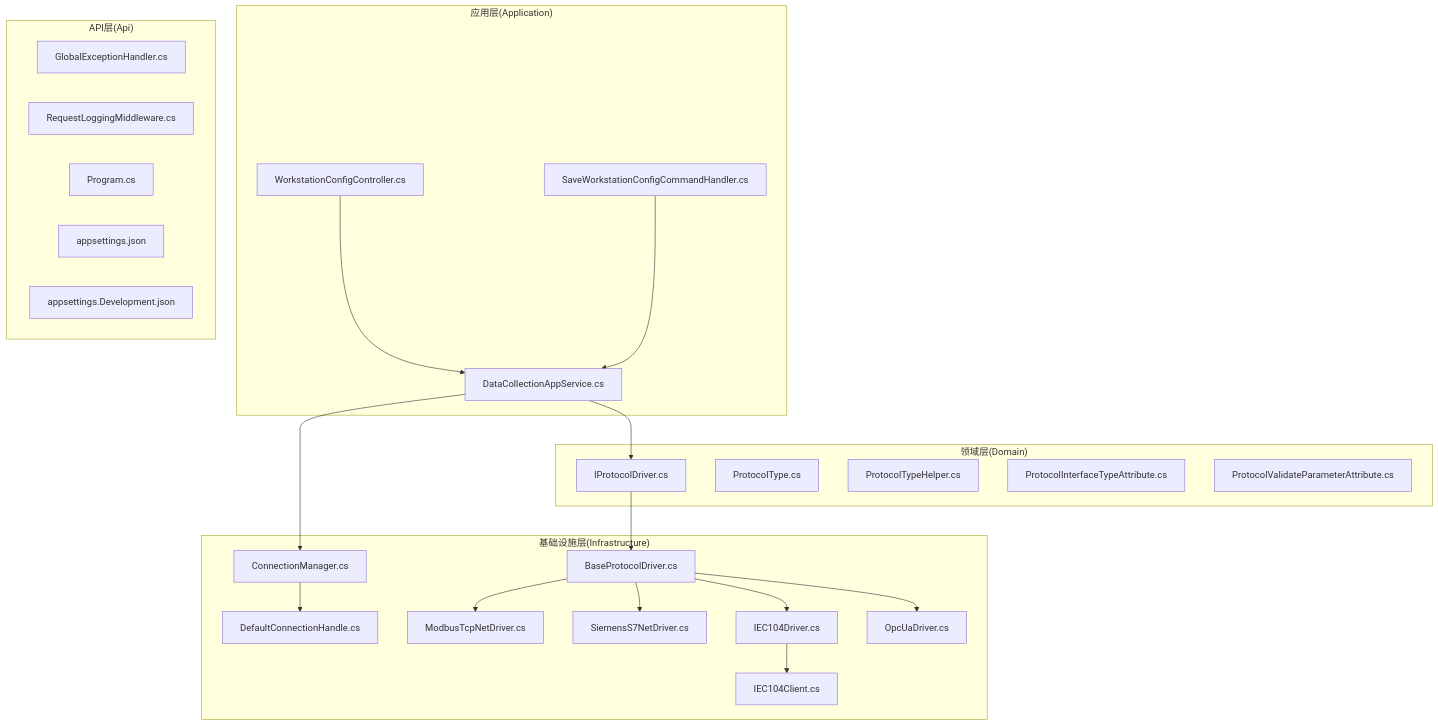
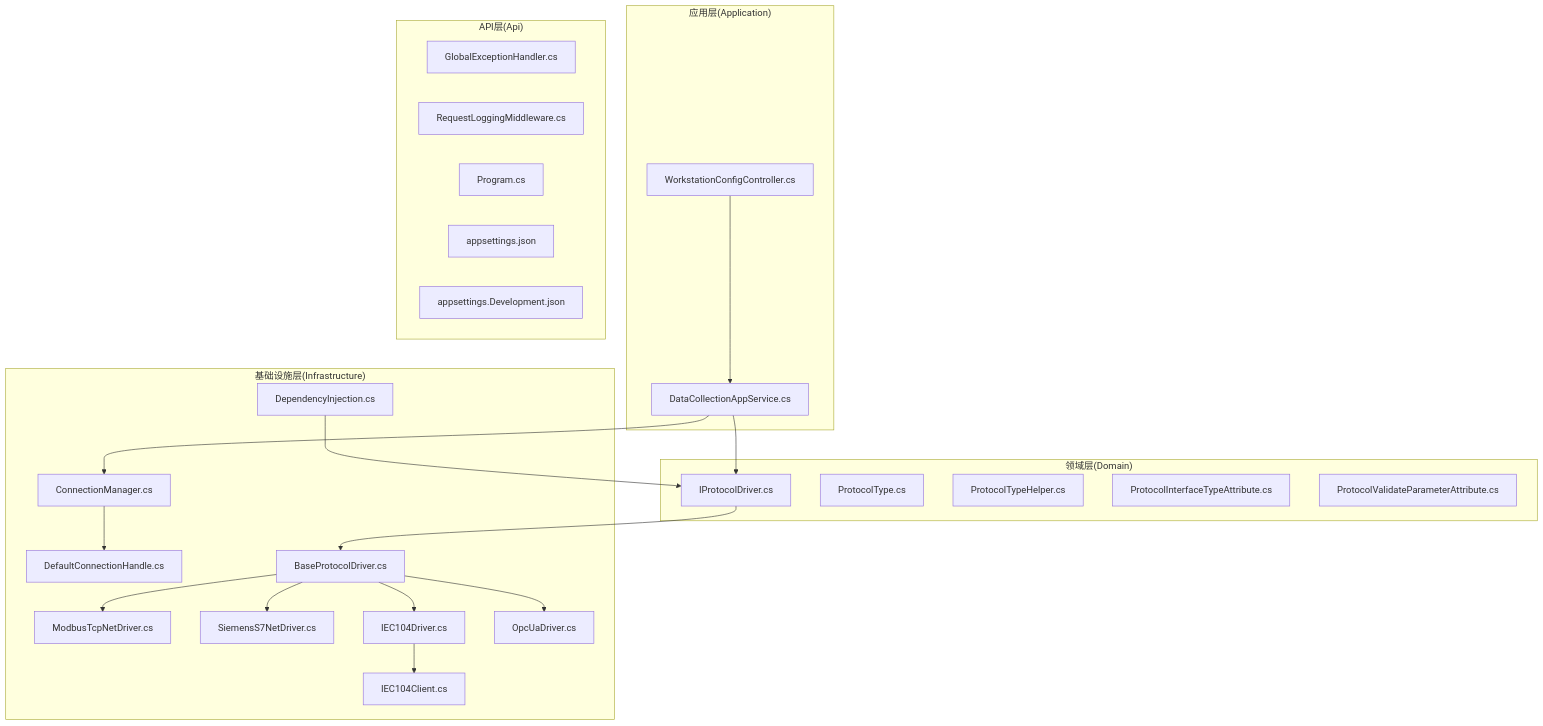
One commit to whitemousetl/IndustrialDataSolution changed the first of 6 diagrams in .qoder/repowiki/zh/content/协议驱动架构/协议驱动架构.md. Above: the diagram before and after it, drawn with Mermaid. The commit also changed other lines of this file and 4 other files, not shown here.

````diff
--- a/.qoder/repowiki/zh/content/协议驱动架构/协议驱动架构.md
+++ b/.qoder/repowiki/zh/content/协议驱动架构/协议驱动架构.md
@@ -51,43 +51,43 @@
 ```mermaid
 graph TB
 subgraph "应用层(Application)"
 DCAS["DataCollectionAppService.cs"]
-CMD["SaveWorkstationConfigCommandHandler.cs"]
 CTRL["WorkstationConfigController.cs"]
 end
 subgraph "领域层(Domain)"
 IPD["IProtocolDriver.cs"]
 PT["ProtocolType.cs"]
 PTH["ProtocolTypeHelper.cs"]
 PITA["ProtocolInterfaceTypeAttribute.cs"]
 PVPA["ProtocolValidateParameterAttribute.cs"]
 end
 subgraph "基础设施层(Infrastructure)"
 CM["ConnectionManager.cs"]
 CH["DefaultConnectionHandle.cs"]
 BASE["BaseProtocolDriver.cs"]
 MBT["ModbusTcpNetDriver.cs"]
 S7["SiemensS7NetDriver.cs"]
 IEC["IEC104Driver.cs"]
 IECCLI["IEC104Client.cs"]
 OPC["OpcUaDriver.cs"]
+DI["DependencyInjection.cs"]
 end
 subgraph "API层(Api)"
 MW1["GlobalExceptionHandler.cs"]
 MW2["RequestLoggingMiddleware.cs"]
 PRG["Program.cs"]
 CFG["appsettings.json"]
 DEV["appsettings.Development.json"]
 end
 CTRL --> DCAS
 DCAS --> IPD
-CMD --> DCAS
 IPD --> BASE
 BASE --> MBT
 BASE --> S7
 BASE --> OPC
 BASE --> IEC
 IEC --> IECCLI
 DCAS --> CM
 CM --> CH
+DI --> IPD
 ```
````
